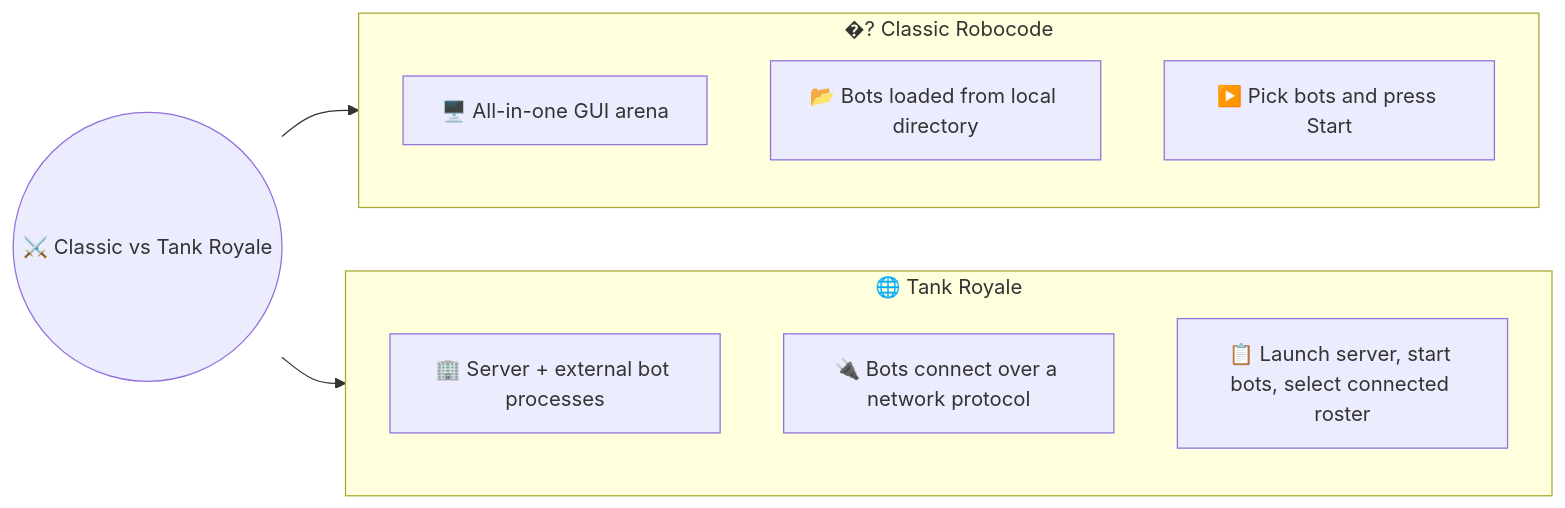
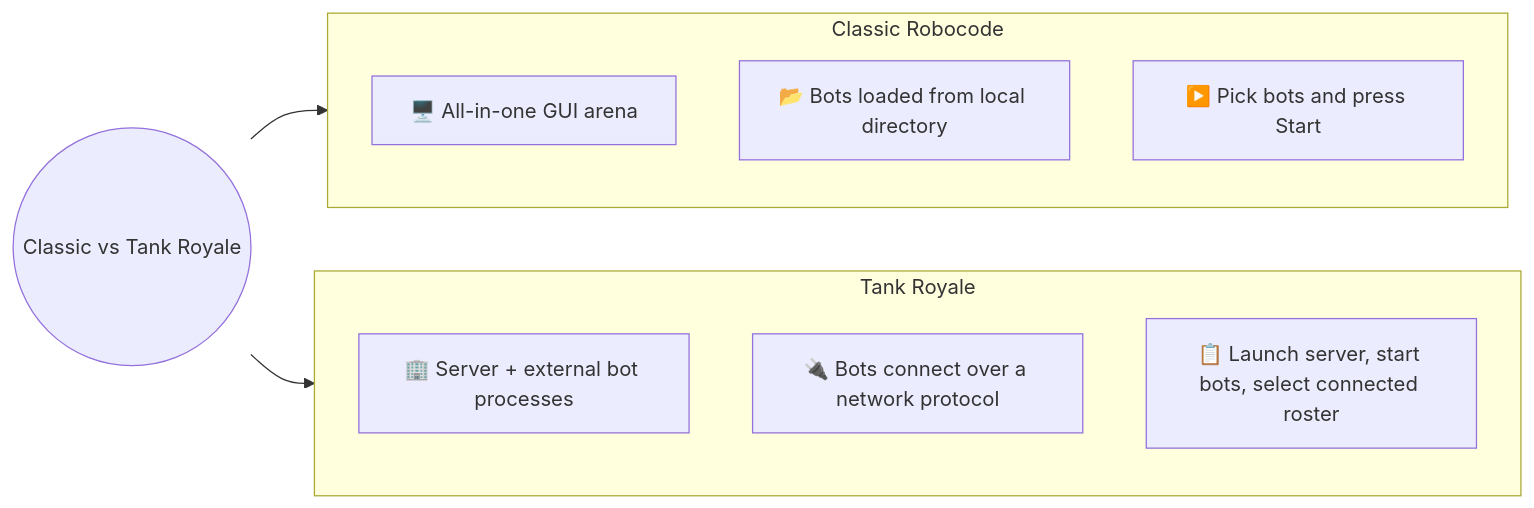
Before and after one commit to robocode-dev/book-of-robocode: the second of 2 diagrams in book/getting-started/your-first-battle.md, drawn with Mermaid. The commit also changed other lines of this file and 2 other files, not shown here.

Commit message:
fix: improve clarity and formatting in your-first-battle.md and your-first-bot.md

````diff
--- a/book/getting-started/your-first-battle.md
+++ b/book/getting-started/your-first-battle.md
@@ -268,16 +263,16 @@
 ```mermaid
 flowchart LR
-    hub((⚔️ Classic vs Tank Royale))
-    subgraph classic[�?️ Classic Robocode]
-        c1[🖥️ All-in-one GUI arena]
-        c2[📂 Bots loaded from local directory]
-        c3[▶️ Pick bots and press Start]
+    hub((Classic vs Tank Royale))
+    subgraph classic["Classic Robocode"]
+        c1["🖥️ All-in-one GUI arena"]
+        c2["📂 Bots loaded from local directory"]
+        c3["▶️ Pick bots and press Start"]
     end
-    subgraph royale[🌐 Tank Royale]
-        r1[🏢 Server + external bot processes]
-        r2[🔌 Bots connect over a network protocol]
-        r3[📋 Launch server, start bots, select connected roster]
+    subgraph royale["Tank Royale"]
+        r1["🏢 Server + external bot processes"]
+        r2["🔌 Bots connect over a network protocol"]
+        r3["📋 Launch server, start bots, select connected roster"]
     end
     hub --> classic
     hub --> royale
 ```
````
